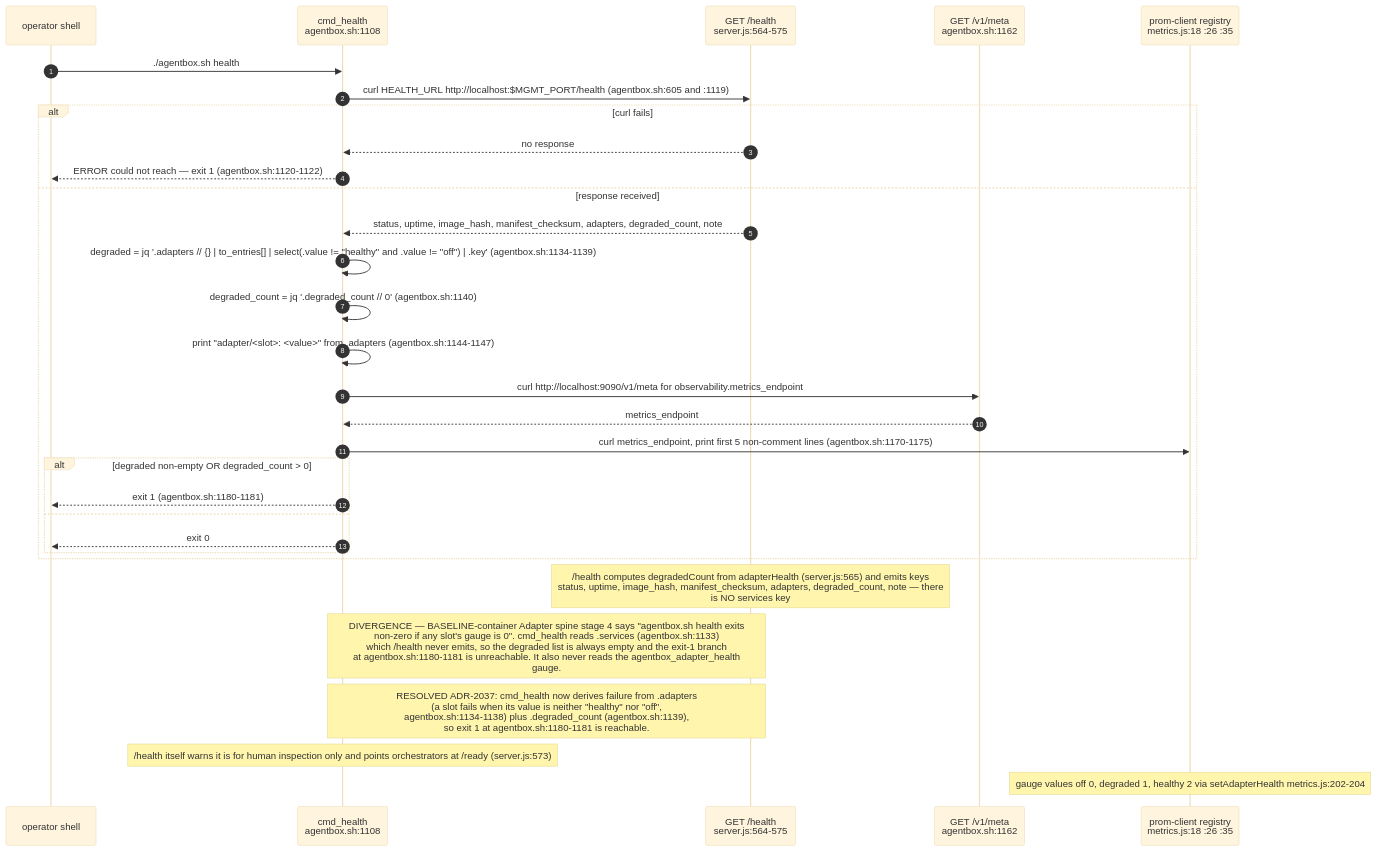
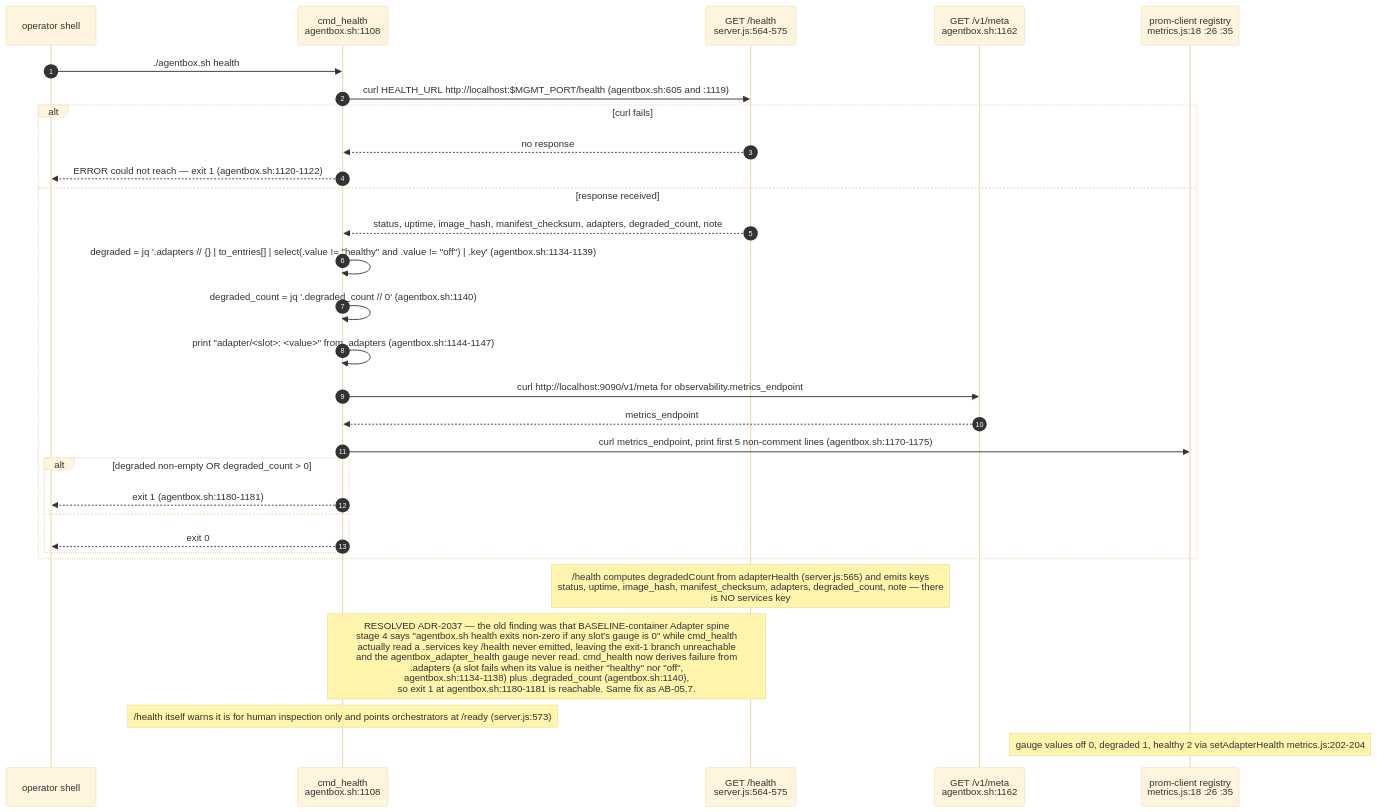
Before and after one commit to DreamLab-AI/VisionFlow: diagram 16 of 16 in docs/diagrams/agentbox/04-adapter-spine.md, drawn with Mermaid (base theme). The commit also changed other lines of this file and 185 other files, not shown here.

Commit message:
docs(estate): reconcile diagrams and ADRs with source and define closeout sprint

````diff
--- a/docs/diagrams/agentbox/04-adapter-spine.md
+++ b/docs/diagrams/agentbox/04-adapter-spine.md
@@ -620,34 +621,33 @@
 ```mermaid
 sequenceDiagram
     autonumber
     participant OP as operator shell
     participant SH as cmd_health<br/>agentbox.sh:1108
     participant H as GET /health<br/>server.js:564-575
     participant MT as GET /v1/meta<br/>agentbox.sh:1162
     participant PM as prom-client registry<br/>metrics.js:18 :26 :35
 
     OP->>SH: ./agentbox.sh health
     SH->>H: curl HEALTH_URL http://localhost:$MGMT_PORT/health (agentbox.sh:605 and :1119)
     alt curl fails
         H-->>SH: no response
         SH-->>OP: ERROR could not reach — exit 1 (agentbox.sh:1120-1122)
     else response received
         H-->>SH: status, uptime, image_hash, manifest_checksum, adapters, degraded_count, note
         SH->>SH: degraded = jq '.adapters // {} | to_entries[] | select(.value != "healthy" and .value != "off") | .key' (agentbox.sh:1134-1139)
         SH->>SH: degraded_count = jq '.degraded_count // 0' (agentbox.sh:1140)
         SH->>SH: print "adapter/<slot>: <value>" from .adapters (agentbox.sh:1144-1147)
         SH->>MT: curl http://localhost:9090/v1/meta for observability.metrics_endpoint
         MT-->>SH: metrics_endpoint
         SH->>PM: curl metrics_endpoint, print first 5 non-comment lines (agentbox.sh:1170-1175)
         alt degraded non-empty OR degraded_count > 0
             SH-->>OP: exit 1 (agentbox.sh:1180-1181)
         else
             SH-->>OP: exit 0
         end
     end
     Note over H: /health computes degradedCount from adapterHealth (server.js:565) and emits keys<br/>status, uptime, image_hash, manifest_checksum, adapters, degraded_count, note — there<br/>is NO services key
-    Note over SH,H: DIVERGENCE — BASELINE-container Adapter spine stage 4 says "agentbox.sh health exits<br/>non-zero if any slot's gauge is 0". cmd_health reads .services (agentbox.sh:1133)<br/>which /health never emits, so the degraded list is always empty and the exit-1 branch<br/>at agentbox.sh:1180-1181 is unreachable. It also never reads the agentbox_adapter_health<br/>gauge.
-    Note over SH,H: RESOLVED ADR-2037: cmd_health now derives failure from .adapters<br/>(a slot fails when its value is neither "healthy" nor "off",<br/>agentbox.sh:1134-1138) plus .degraded_count (agentbox.sh:1139),<br/>so exit 1 at agentbox.sh:1180-1181 is reachable.
+    Note over SH,H: RESOLVED ADR-2037 — the old finding was that BASELINE-container Adapter spine<br/>stage 4 says "agentbox.sh health exits non-zero if any slot's gauge is 0" while cmd_health<br/>actually read a .services key /health never emitted, leaving the exit-1 branch unreachable<br/>and the agentbox_adapter_health gauge never read. cmd_health now derives failure from<br/>.adapters (a slot fails when its value is neither "healthy" nor "off",<br/>agentbox.sh:1134-1138) plus .degraded_count (agentbox.sh:1140),<br/>so exit 1 at agentbox.sh:1180-1181 is reachable. Same fix as AB-05.7.
     Note over SH: /health itself warns it is for human inspection only and points orchestrators at /ready (server.js:573)
     Note over PM: gauge values off 0, degraded 1, healthy 2 via setAdapterHealth metrics.js:202-204
 ```
````
